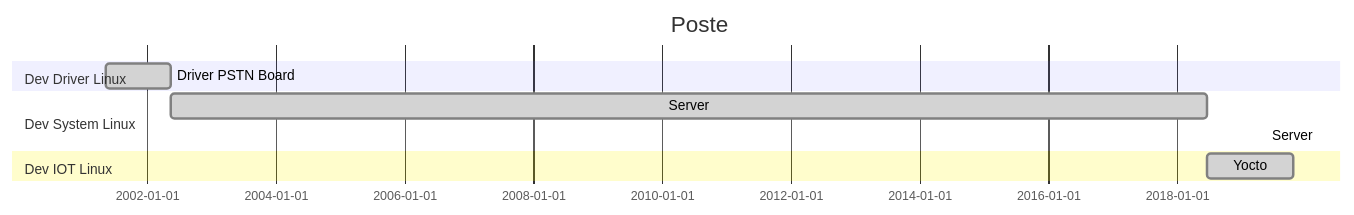
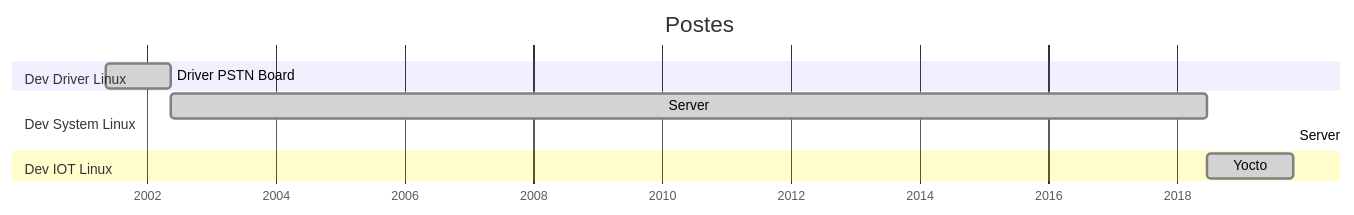
The first of 2 diagrams in README.md (farias06/resume), drawn with Mermaid before and after one commit.

Commit message:
update 01

````diff
--- a/README.md
+++ b/README.md
@@ -35,16 +35,16 @@
 ```mermaid
 gantt
     dateFormat  YYYY-MM-DD
-    title       Poste
-    excludes    weekends
+    title       Postes
+    axisFormat  %Y
 
     section Dev Driver Linux
     Driver PSTN Board  :done,    a1, 2001-05-15,2002-05-15
 
     section Dev System Linux
     Server : done, b1, 2002-05-15, 2018-06-19
-    Server : active, b2, 2019-05-15, <NOW>
+    Server : active, b2, 2019-10-20, NOW
 
     section Dev IOT Linux
     Yocto : done, c1, 2018-06-19, 2019-10-20
 ```
````
